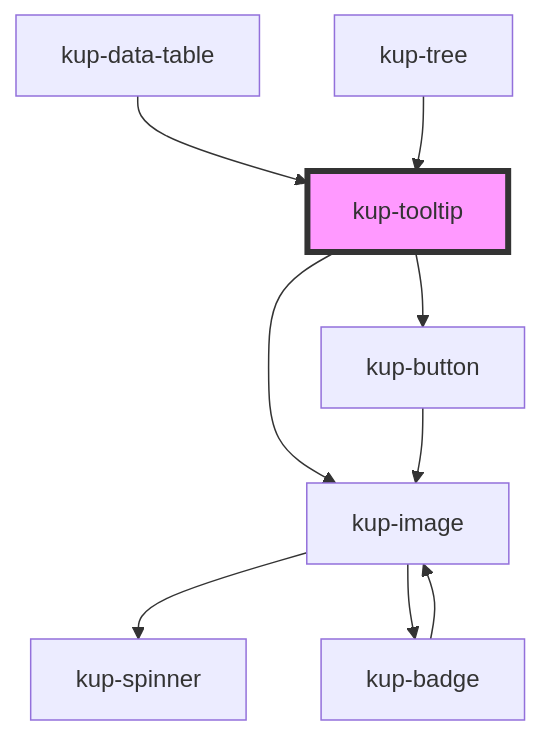
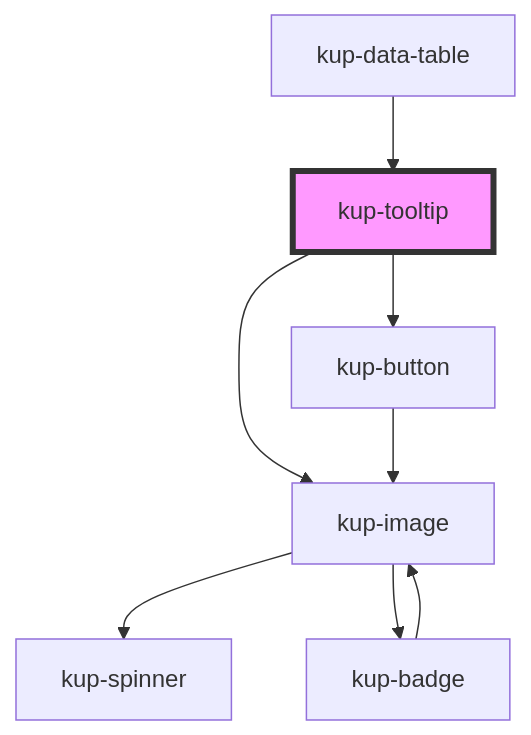
Before and after one commit to smeup/ketchup: the diagram in packages/ketchup/src/components/kup-tooltip/readme.md, drawn with Mermaid. The commit also changed other lines of this file and 3 other files, not shown here.

````diff
--- a/packages/ketchup/src/components/kup-tooltip/readme.md
+++ b/packages/ketchup/src/components/kup-tooltip/readme.md
@@ -43,12 +42,11 @@
 ```mermaid
 graph TD;
   kup-tooltip --> kup-button
   kup-tooltip --> kup-image
   kup-button --> kup-image
   kup-image --> kup-spinner
   kup-image --> kup-badge
   kup-badge --> kup-image
   kup-data-table --> kup-tooltip
-  kup-tree --> kup-tooltip
   style kup-tooltip fill:#f9f,stroke:#333,stroke-width:4px
 ```
````
